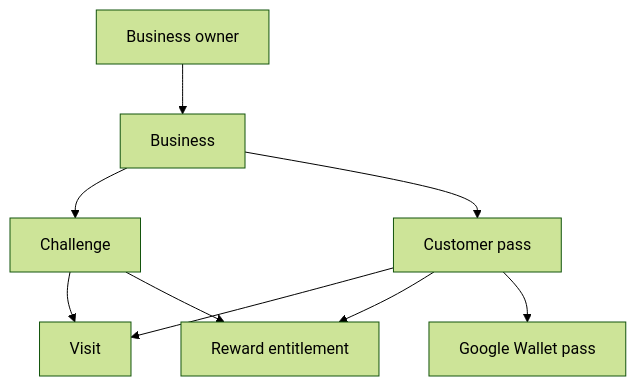
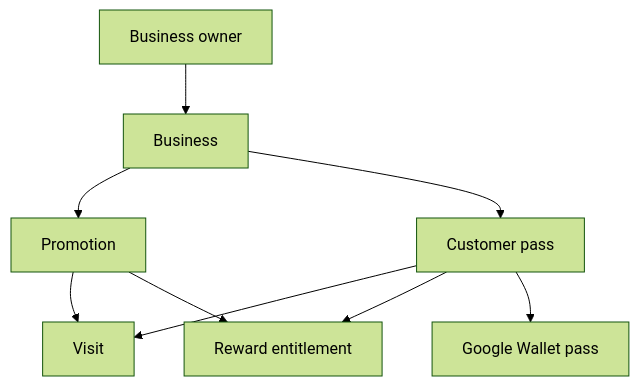
Before and after one commit to spardobo/fidelitopass: the first of 2 diagrams in docs/conceptual-design.md, drawn with Mermaid (forest theme). The commit also changed other lines of this file and 18 other files, not shown here.

````diff
--- a/docs/conceptual-design.md
+++ b/docs/conceptual-design.md
@@ -61,11 +60,11 @@
 ```mermaid
 flowchart TB
     U[Business owner] --> B[Business]
-    B --> C[Challenge]
+    B --> C[Promotion]
     B --> P[Customer pass]
     P --> V[Visit]
     C --> V
     C --> E[Reward entitlement]
     P --> E
     P --> W[Google Wallet pass]
 ```
````
